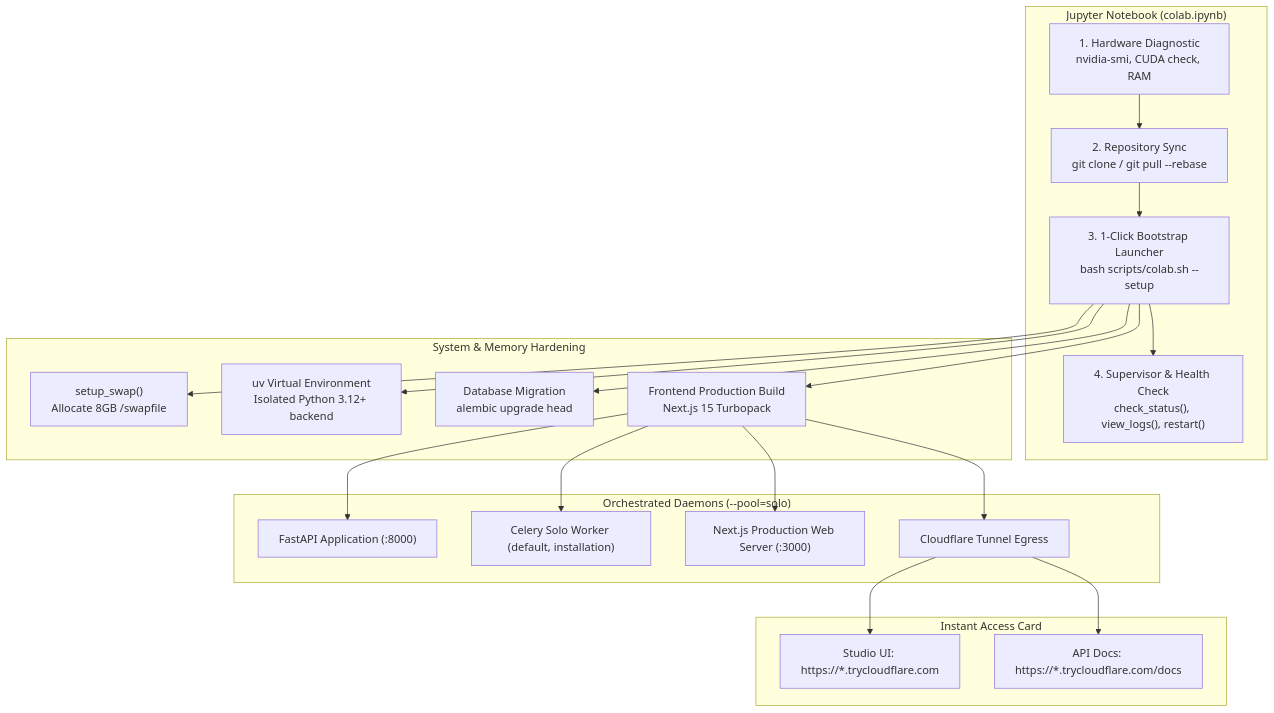
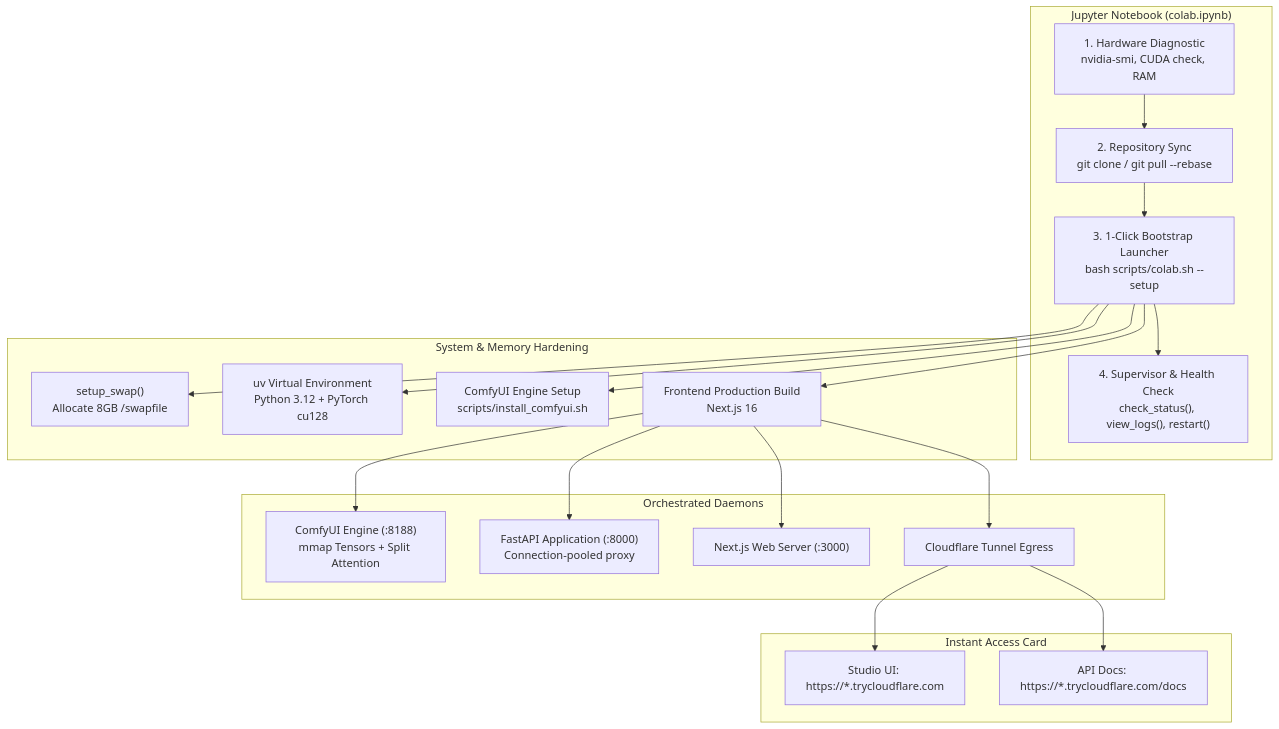
Before and after one commit to Silentzx2/AI_Studio: the diagram in Docs/COLAB_SETUP.md, drawn with Mermaid. The commit also changed other lines of this file and 216 other files, not shown here.

First line of the commit message:
feat(backend): rebuild backend around ComfyUI and ComfyUI-3D-Pack

````diff
--- a/Docs/COLAB_SETUP.md
+++ b/Docs/COLAB_SETUP.md
@@ -17,27 +17,27 @@
 ```mermaid
 flowchart TD
     subgraph ColabNotebook["Jupyter Notebook (colab.ipynb)"]
         A["1. Hardware Diagnostic<br/>nvidia-smi, CUDA check, RAM"] --> B["2. Repository Sync<br/>git clone / git pull --rebase"]
         B --> C["3. 1-Click Bootstrap Launcher<br/>bash scripts/colab.sh --setup"]
         C --> D["4. Supervisor & Health Check<br/>check_status(), view_logs(), restart()"]
     end
 
     subgraph ColabSystem["System & Memory Hardening"]
         C --> S1["setup_swap()<br/>Allocate 8GB /swapfile"]
-        C --> S2["uv Virtual Environment<br/>Isolated Python 3.12+ backend"]
-        C --> S3["Database Migration<br/>alembic upgrade head"]
-        C --> S4["Frontend Production Build<br/>Next.js 15 Turbopack"]
+        C --> S2["uv Virtual Environment<br/>Python 3.12 + PyTorch cu128"]
+        C --> S3["ComfyUI Engine Setup<br/>scripts/install_comfyui.sh"]
+        C --> S4["Frontend Production Build<br/>Next.js 16"]
     end
 
-    subgraph Services["Orchestrated Daemons (--pool=solo)"]
-        S4 --> D1["FastAPI Application (:8000)"]
-        S4 --> D2["Celery Solo Worker (default, installation)"]
-        S4 --> D3["Next.js Production Web Server (:3000)"]
+    subgraph Services["Orchestrated Daemons"]
+        S4 --> D1["ComfyUI Engine (:8188)<br/>mmap Tensors + Split Attention"]
+        S4 --> D2["FastAPI Application (:8000)<br/>Connection-pooled proxy"]
+        S4 --> D3["Next.js Web Server (:3000)"]
         S4 --> D4["Cloudflare Tunnel Egress"]
     end
 
     subgraph TunnelCard["Instant Access Card"]
         D4 --> U1["Studio UI: https://*.trycloudflare.com"]
         D4 --> U2["API Docs: https://*.trycloudflare.com/docs"]
     end
 ```
````
